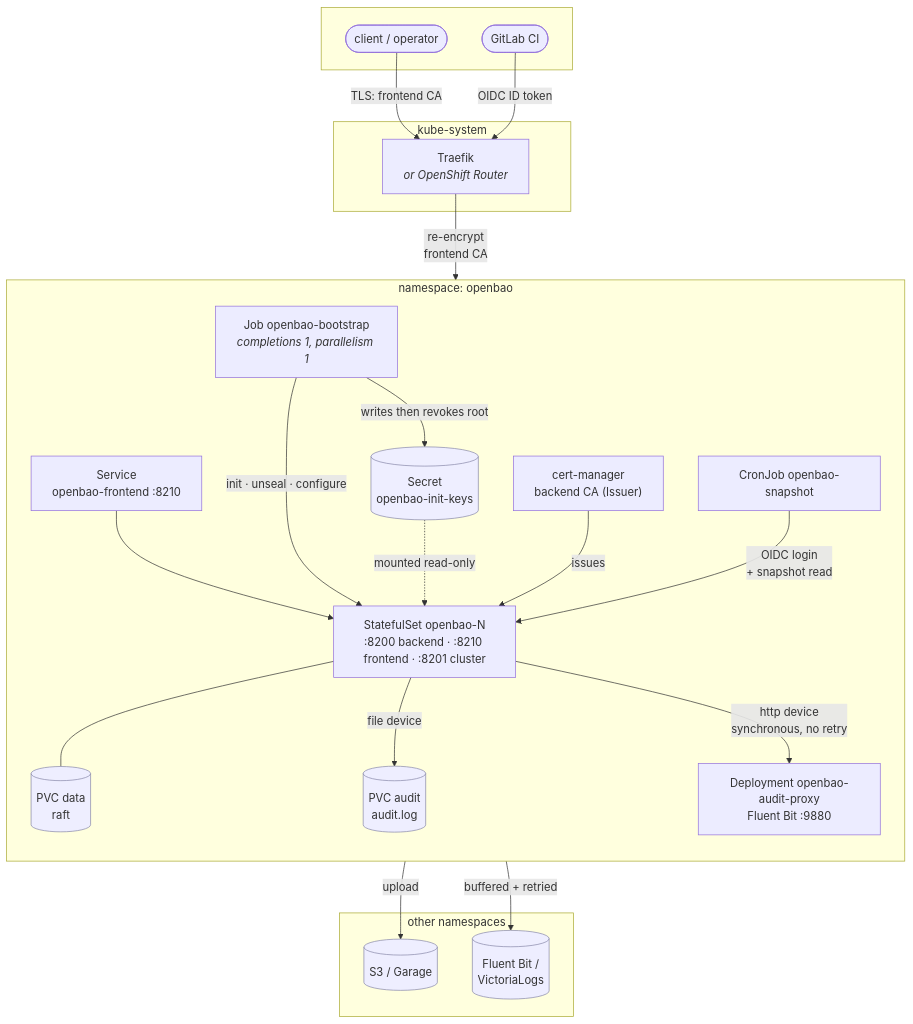
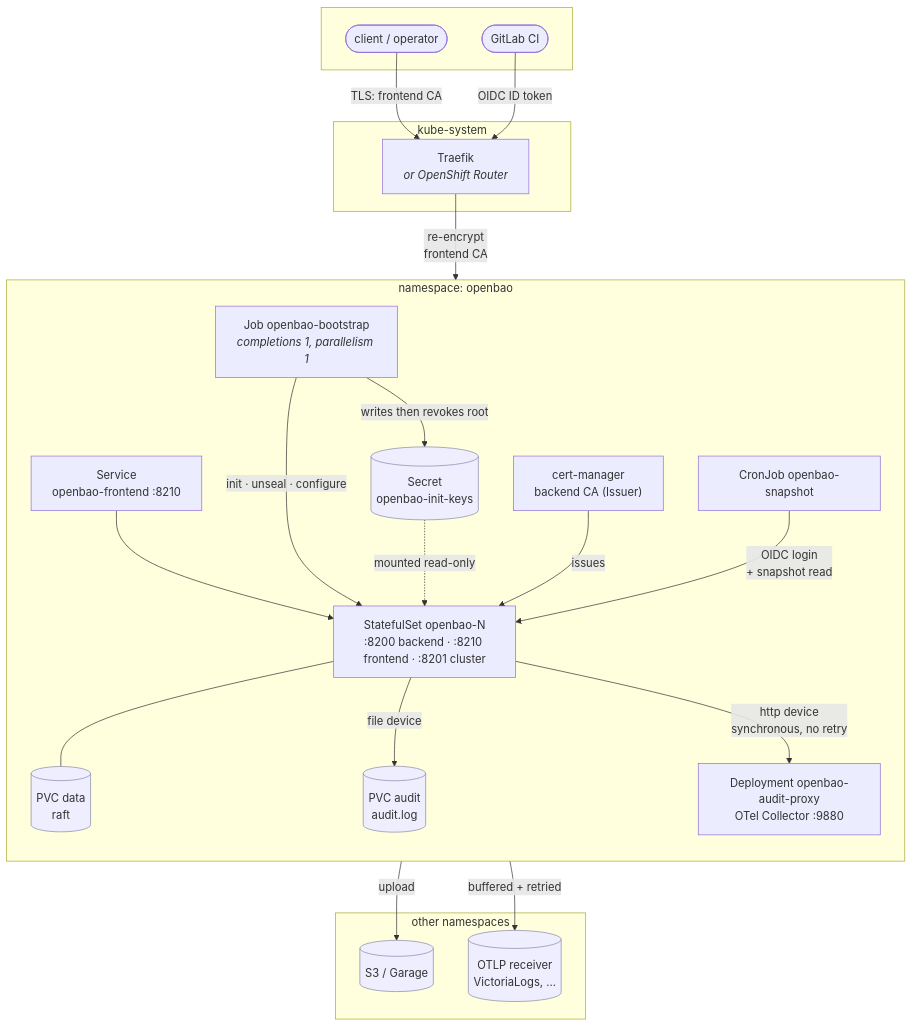
Before and after one commit to datahattrick/openbao-chart: the first of 4 diagrams in docs/ARCHITECTURE.md, drawn with Mermaid. The commit also changed other lines of this file and 37 other files, not shown here.

First line of the commit message:
Restructure the chart, and replace Fluent Bit with an OTel Collector

````diff
--- a/docs/ARCHITECTURE.md
+++ b/docs/ARCHITECTURE.md
@@ -5,47 +5,47 @@
 ```mermaid
 flowchart TB
     subgraph ext[" "]
         client([client / operator])
         gitlab([GitLab CI])
     end
 
     subgraph edge["kube-system"]
         traefik["Traefik<br/><i>or OpenShift Router</i>"]
     end
 
     subgraph ns["namespace: openbao"]
         direction TB
         svcF["Service<br/>openbao-frontend :8210"]
         sts["StatefulSet openbao-N<br/>:8200 backend · :8210 frontend · :8201 cluster"]
         boot["Job openbao-bootstrap<br/><i>completions 1, parallelism 1</i>"]
-        proxy["Deployment openbao-audit-proxy<br/>Fluent Bit :9880"]
+        proxy["Deployment openbao-audit-proxy<br/>OTel Collector :9880"]
         cron["CronJob openbao-snapshot"]
         pki["cert-manager<br/>backend CA (Issuer)"]
         keys[("Secret<br/>openbao-init-keys")]
         data[("PVC data<br/>raft")]
         audit[("PVC audit<br/>audit.log")]
     end
 
     subgraph other["other namespaces"]
         s3[("S3 / Garage")]
-        logs[("Fluent Bit /<br/>VictoriaLogs")]
+        logs[("OTLP receiver<br/>VictoriaLogs, ...")]
     end
 
     client -->|"TLS: frontend CA"| traefik
     traefik -->|"re-encrypt<br/>frontend CA"| svcF --> sts
     gitlab -->|"OIDC ID token"| traefik
 
     boot -->|"init · unseal · configure"| sts
     boot -->|writes then revokes root| keys
     keys -.->|"mounted read-only"| sts
     pki -->|"issues"| sts
     sts --- data
     sts -->|file device| audit
     sts -->|"http device<br/>synchronous, no retry"| proxy
     proxy -->|"buffered + retried"| logs
     cron -->|"OIDC login<br/>+ snapshot read"| sts
     cron -->|upload| s3
 
     classDef store fill:#eef,stroke:#88a
     class keys,data,audit,s3,logs store
 ```
````
